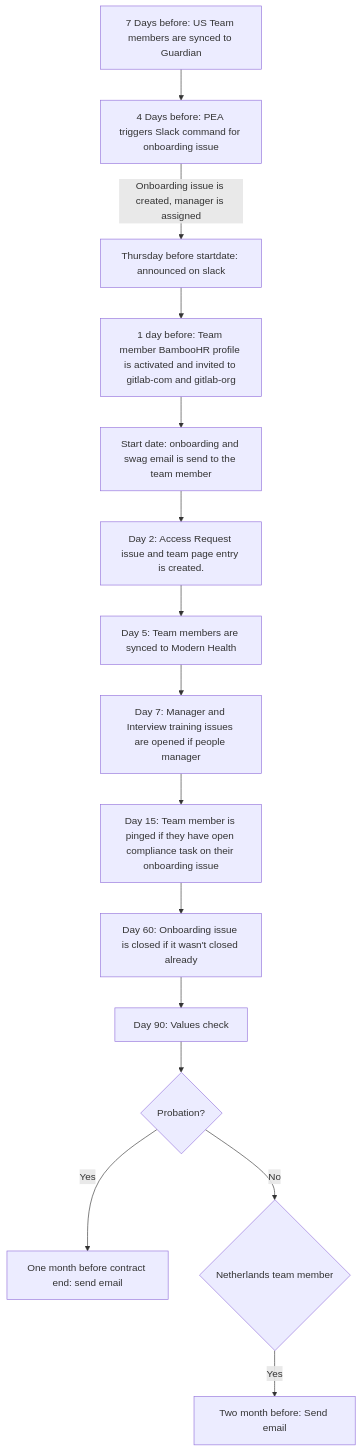
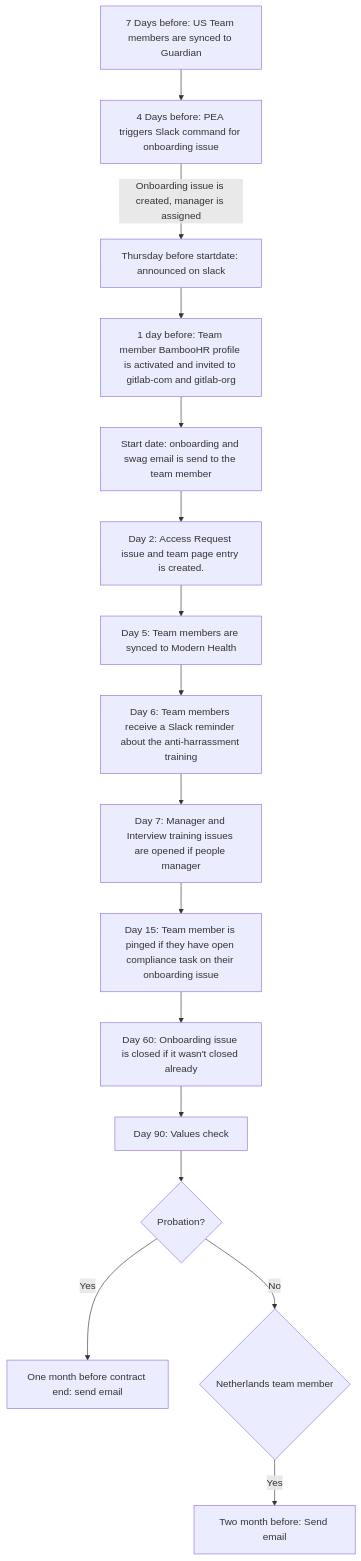
One commit to secretstartups/handbook changed the diagram in people-group/engineering/onboarding/index.html.md. Above: the diagram before and after it, drawn with Mermaid. The commit also changed other lines of this file, not shown here.

Commit message:
Add the automation of slack message for the anti harrassment training

````diff
--- a/people-group/engineering/onboarding/index.html.md
+++ b/people-group/engineering/onboarding/index.html.md
@@ -25,17 +25,18 @@
 ```mermaid
 graph TD
   Z[7 Days before: US Team members are synced to Guardian] --> A
   A[4 Days before: PEA triggers Slack command for onboarding issue] -->|Onboarding issue is created, manager is assigned| M
   M[Thursday before startdate: announced on slack] --> K
   K[1 day before: Team member BambooHR profile is activated and invited to gitlab-com and gitlab-org] --> I
   I[Start date: onboarding and swag email is send to the team member] --> C
   C[Day 2: Access Request issue and team page entry is created.] --> E
-  E[Day 5: Team members are synced to Modern Health] --> J
+  E[Day 5: Team members are synced to Modern Health] --> EE
+  EE[Day 6: Team members receive a Slack reminder about the anti-harrassment training] --> J
   J[Day 7: Manager and Interview training issues are opened if people manager] --> L
   L[Day 15: Team member is pinged if they have open compliance task on their onboarding issue] --> F
   F[Day 60: Onboarding issue is closed if it wasn't closed already] --> N
   N[Day 90: Values check] --> O{Probation?}
   O -->|Yes| D[One month before contract end: send email]
   O --> |No| B{Netherlands team member}
   B --> |Yes| G[Two month before: Send email]
 ```
````
